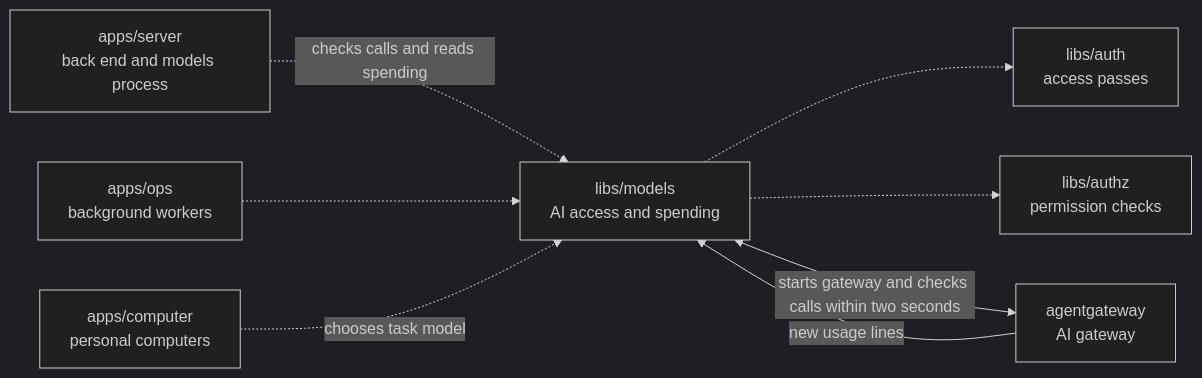
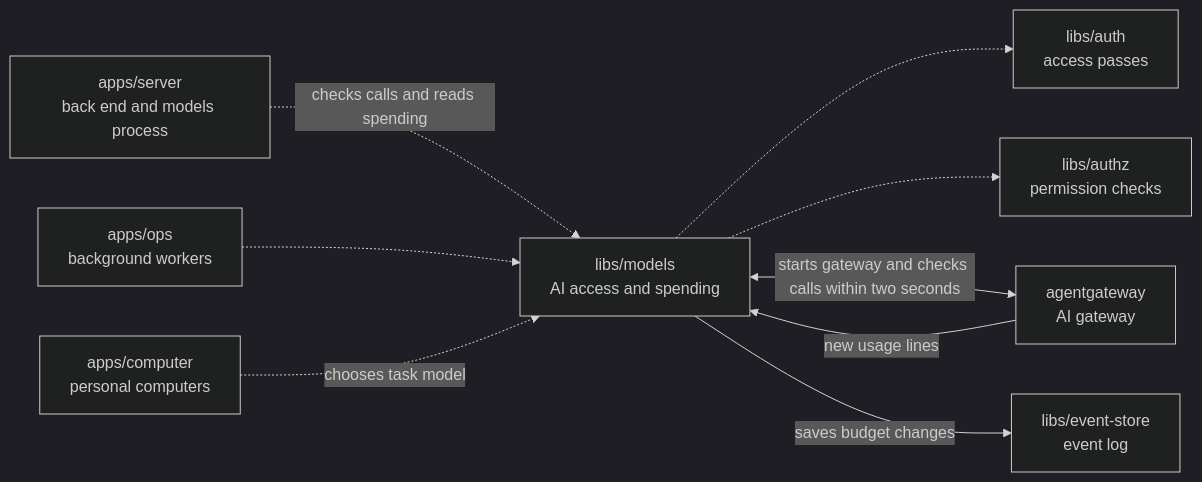
The diagram in libs/models/README.md (elewa-git/opencrane-new), drawn with Mermaid (dark theme) before and after one commit. The commit also changed other lines of this file and 13 other files, not shown here.

````diff
--- a/libs/models/README.md
+++ b/libs/models/README.md
@@ -11,10 +11,11 @@
 ```mermaid
 flowchart LR
   server["apps/server<br/>back end and models process"] -.->|checks calls and reads spending| models["libs/models<br/>AI access and spending"]
   ops["apps/ops<br/>background workers"] -.-> models
   computer["apps/computer<br/>personal computers"] -.->|chooses task model| models
   models -.-> auth["libs/auth<br/>access passes"]
   models -.-> authz["libs/authz<br/>permission checks"]
   models <-->|starts gateway and checks calls within two seconds| gateway["agentgateway<br/>AI gateway"]
   gateway -->|new usage lines| models
+  models -->|saves budget changes| store["libs/event-store<br/>event log"]
 ```
````
